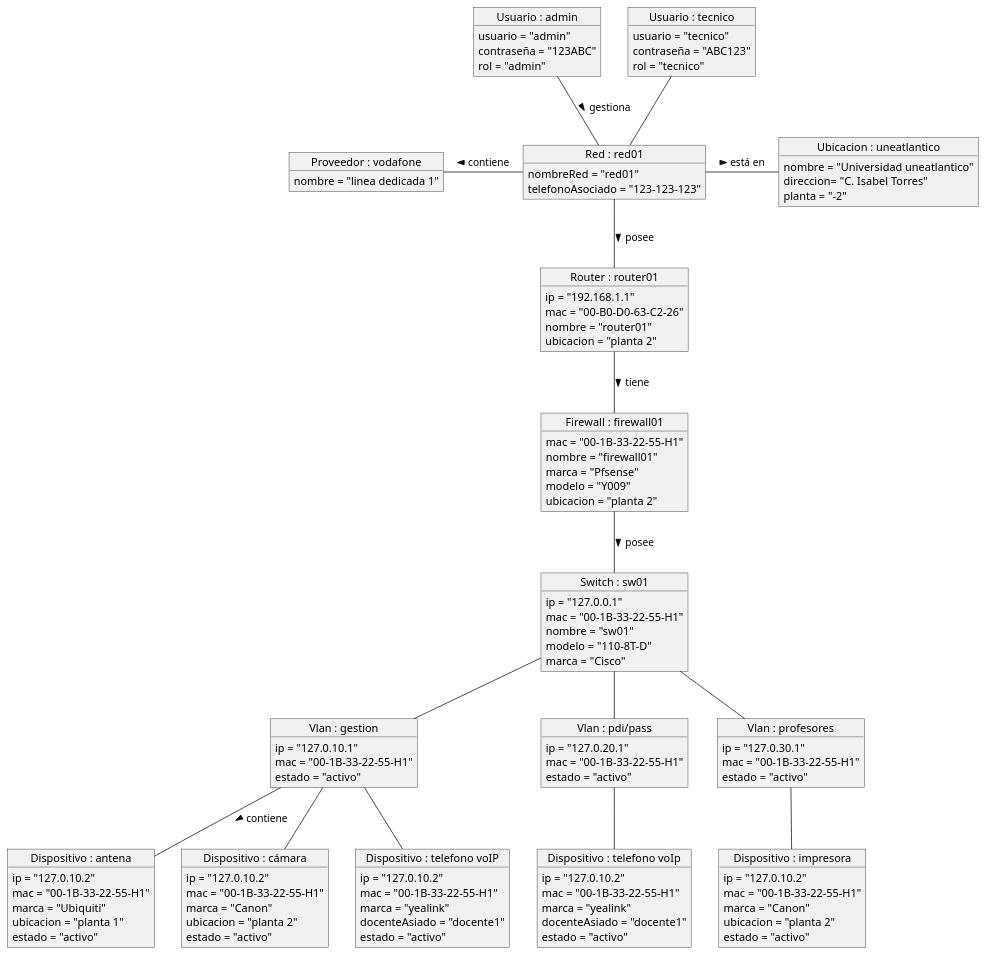
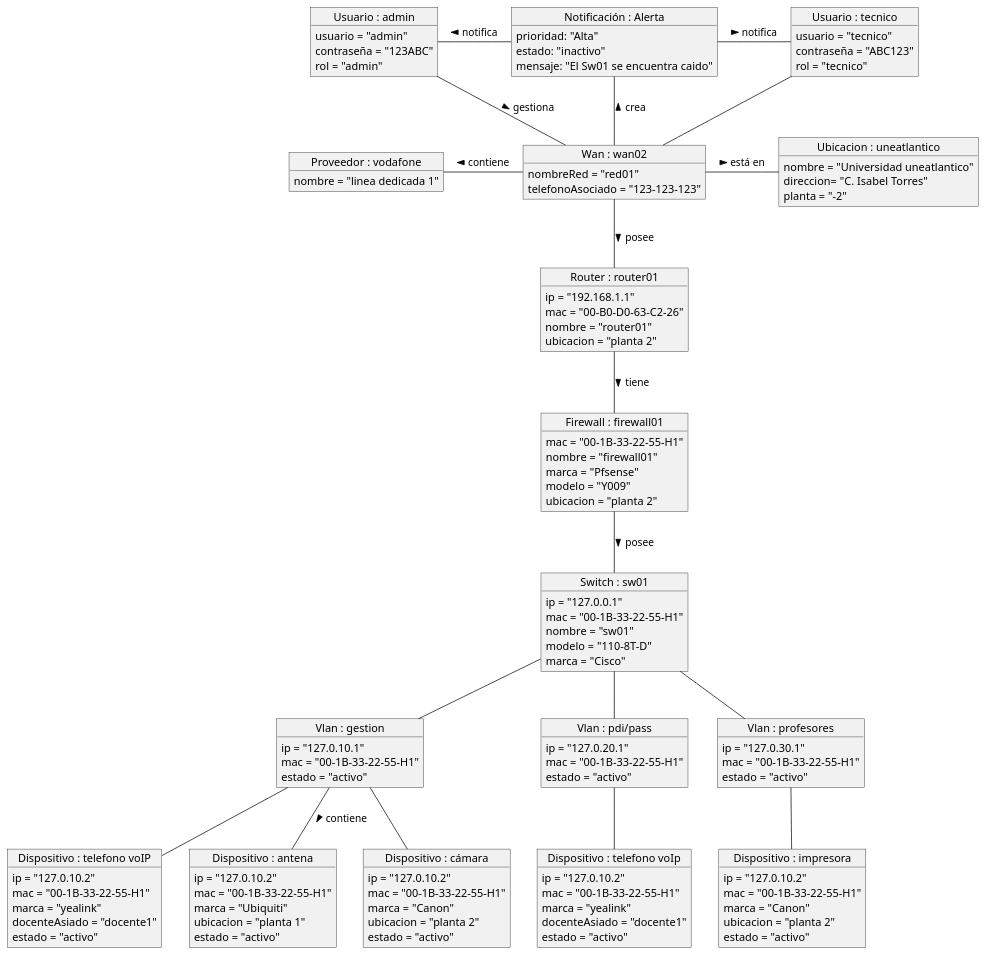
The diagram in 000-entregas/diagramaDeObjetos/DiagramaObjetos.plantuml (mmasias/IdSw1-22-23), drawn with PlantUML before and after one commit. The commit also changed 18 other files, not shown here.

```diff
--- a/000-entregas/diagramaDeObjetos/DiagramaObjetos.plantuml
+++ b/000-entregas/diagramaDeObjetos/DiagramaObjetos.plantuml
@@ -1,127 +1,136 @@
 @startuml DiagramaDeObjetos
 
 object "Usuario : admin" as admin {
     usuario = "admin"
     contraseña = "123ABC"
     rol = "admin"
 }
 
 object "Usuario : tecnico" as user {
     usuario = "tecnico"
     contraseña = "ABC123"
     rol = "tecnico"
 }
 
-object "Red : red01" as red1 {
+object "Notificación : Alerta" as notificacion {
+    prioridad: "Alta"
+    estado: "inactivo"
+    mensaje: "El Sw01 se encuentra caido"
+}
+
+object "Wan : wan02" as red1 {
 nombreRed = "red01"
 telefonoAsociado = "123-123-123"
 }
 
 object "Router : router01" as router {
 ip = "192.168.1.1"
 mac = "00-B0-D0-63-C2-26"
 nombre = "router01"
 ubicacion = "planta 2"
 }
 
 object "Ubicacion : uneatlantico" as uneat {
 nombre = "Universidad uneatlantico"
 direccion= "C. Isabel Torres"
 planta = "-2"
 }
 
 object "Proveedor : vodafone" as redIris {
 nombre = "linea dedicada 1"
 }
 
 object "Firewall : firewall01" as firewall {
 mac = "00-1B-33-22-55-H1"
 nombre = "firewall01"
 marca = "Pfsense"
 modelo = "Y009"
 ubicacion = "planta 2"
 }
 
 object "Switch : sw01" as switch {
     ip = "127.0.0.1"
     mac = "00-1B-33-22-55-H1"
     nombre = "sw01"
     modelo = "110-8T-D"
     marca = "Cisco"
 }
 
 object "Vlan : gestion" as vlan {
     ip = "127.0.10.1"
     mac = "00-1B-33-22-55-H1"
     estado = "activo"
 }
 
 object "Vlan : pdi/pass" as vlan2 {
     ip = "127.0.20.1"
     mac = "00-1B-33-22-55-H1"
     estado = "activo"
 }
 
 object "Vlan : profesores" as vlan3 {
     ip = "127.0.30.1"
     mac = "00-1B-33-22-55-H1"
     estado = "activo"
 }
 
 object "Dispositivo : antena" as DA1 {
     ip = "127.0.10.2"
     mac = "00-1B-33-22-55-H1"
     marca = "Ubiquiti"
     ubicacion = "planta 1"
     estado = "activo"
 }
 
 object "Dispositivo : cámara" as DA2 {
     ip = "127.0.10.2"
     mac = "00-1B-33-22-55-H1"
     marca = "Canon"
     ubicacion = "planta 2"
     estado = "activo"
 }
 
 object "Dispositivo : telefono voIP" as DA3{
     ip = "127.0.10.2"
     mac = "00-1B-33-22-55-H1"
     marca = "yealink"
     docenteAsiado = "docente1"
     estado = "activo"
 }
 
 object "Dispositivo : telefono voIp" as DPP1 {
     ip = "127.0.10.2"
     mac = "00-1B-33-22-55-H1"
     marca = "yealink"
     docenteAsiado = "docente1"
     estado = "activo"
 }
 
 object "Dispositivo : impresora" as DP1 {
     ip = "127.0.10.2"
     mac = "00-1B-33-22-55-H1"
     marca = "Canon"
     ubicacion = "planta 2"
     estado = "activo"
 }
 
-admin -d- red1: gestiona >
+admin -- red1: gestiona >
+admin -r- notificacion : notifica <
+user -l- notificacion : notifica <
 user -- red1
+notificacion -- red1: crea <
 red1 -- router: posee >
 router -- firewall: tiene >
 red1 -l- redIris: contiene >
 red1 -r- uneat: está en >
 firewall -- switch: posee >
 switch -- vlan
 switch -- vlan2
 switch -- vlan3
 vlan -- DA1: contiene >
 vlan -- DA2
 vlan -- DA3
 vlan2 -- DPP1
 vlan3 -- DP1
 
 @enduml
```
